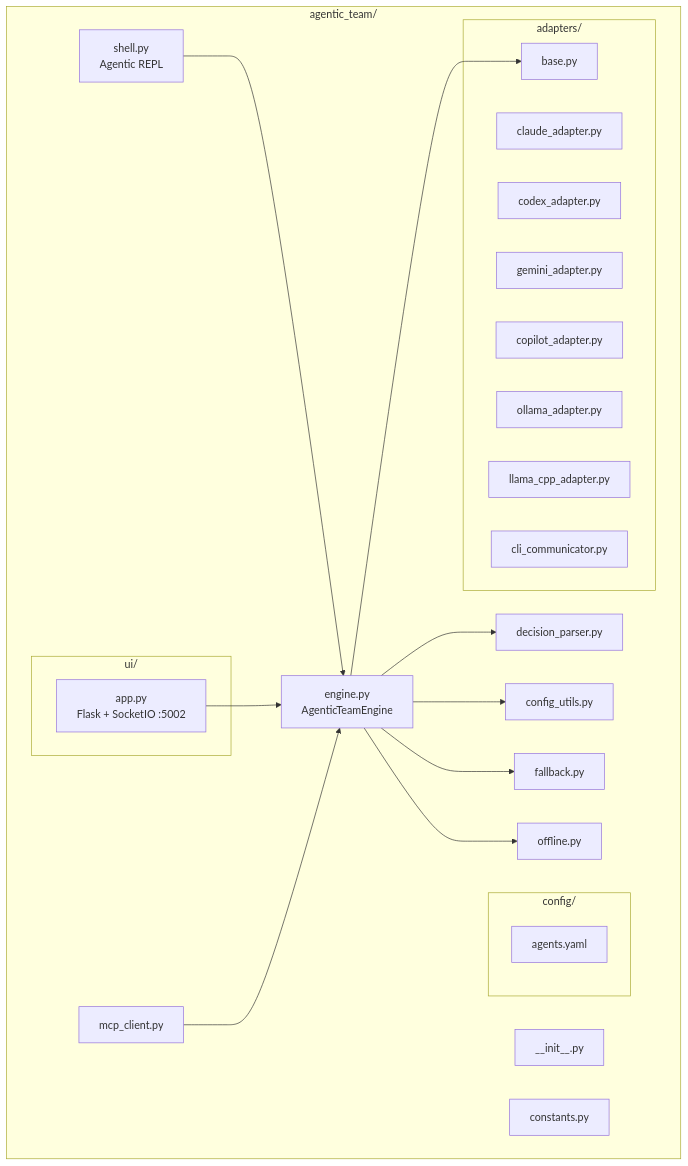
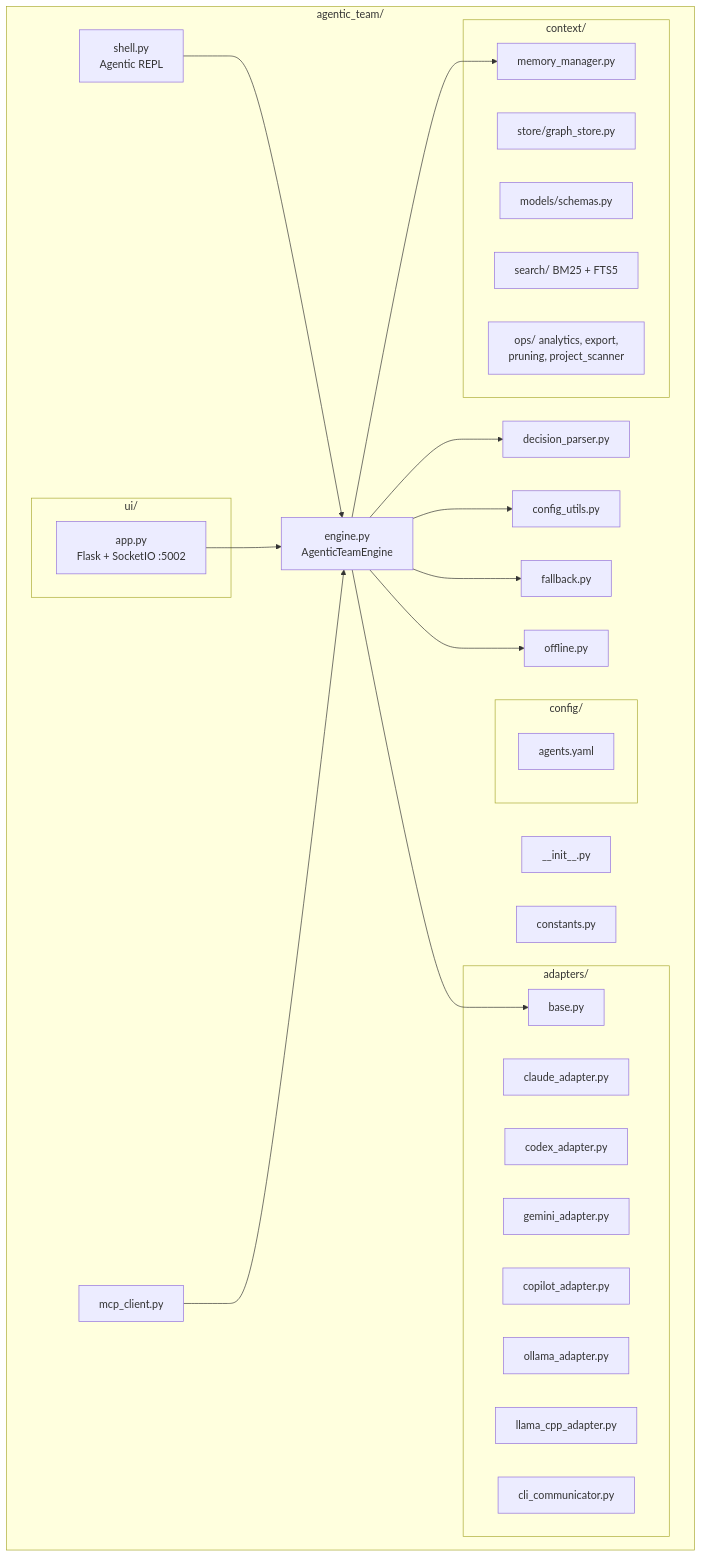
One commit to KhaiTrang1995/AI-Agents-Orchestrator changed diagram 16 of 18 in AGENTIC_TEAM.md. Above: the diagram before and after it, drawn with Mermaid. The commit also changed other lines of this file and 5 other files, not shown here.

````diff
--- a/AGENTIC_TEAM.md
+++ b/AGENTIC_TEAM.md
@@ -615,42 +627,51 @@
 ```mermaid
 graph TD
     subgraph "agentic_team/"
         INIT[__init__.py]
         ENGINE[engine.py\nAgenticTeamEngine]
         DPARSER[decision_parser.py]
         CFGUTIL[config_utils.py]
         CONSTANTS[constants.py]
         FALLBACK[fallback.py]
         OFFLINE[offline.py]
         SHELL[shell.py\nAgentic REPL]
         MCPCLI[mcp_client.py]
 
         subgraph "adapters/"
             ABASE[base.py]
             ACLAUDE[claude_adapter.py]
             ACODEX[codex_adapter.py]
             AGEMINI[gemini_adapter.py]
             ACOPILOT[copilot_adapter.py]
             AOLLAMA[ollama_adapter.py]
             ALLAMA[llama_cpp_adapter.py]
             ACLI[cli_communicator.py]
         end
 
+        subgraph "context/"
+            CTX_MM[memory_manager.py]
+            CTX_STORE[store/graph_store.py]
+            CTX_MODELS[models/schemas.py]
+            CTX_SEARCH[search/ BM25 + FTS5]
+            CTX_OPS[ops/ analytics, export,\npruning, project_scanner]
+        end
+
         subgraph "config/"
             AYAML[agents.yaml]
         end
 
         subgraph "ui/"
             UIAPP[app.py\nFlask + SocketIO :5002]
         end
     end
 
+    ENGINE --> CTX_MM
     ENGINE --> ABASE
     ENGINE --> DPARSER
     ENGINE --> CFGUTIL
     ENGINE --> FALLBACK
     ENGINE --> OFFLINE
     SHELL --> ENGINE
     UIAPP --> ENGINE
     MCPCLI --> ENGINE
 ```
````
